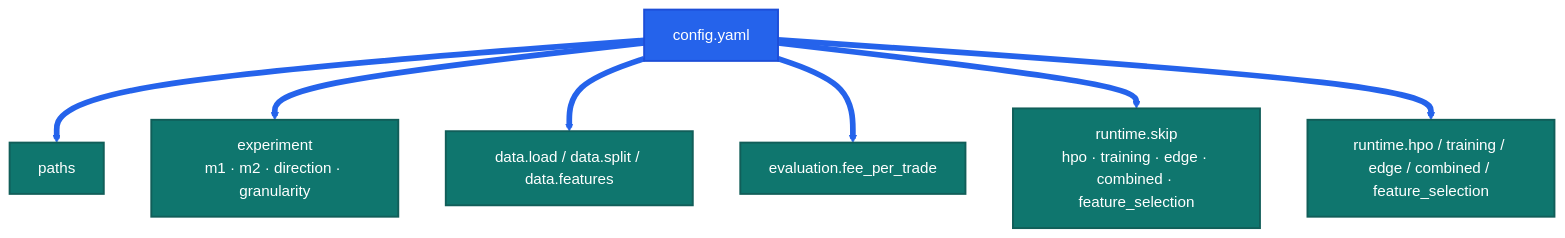
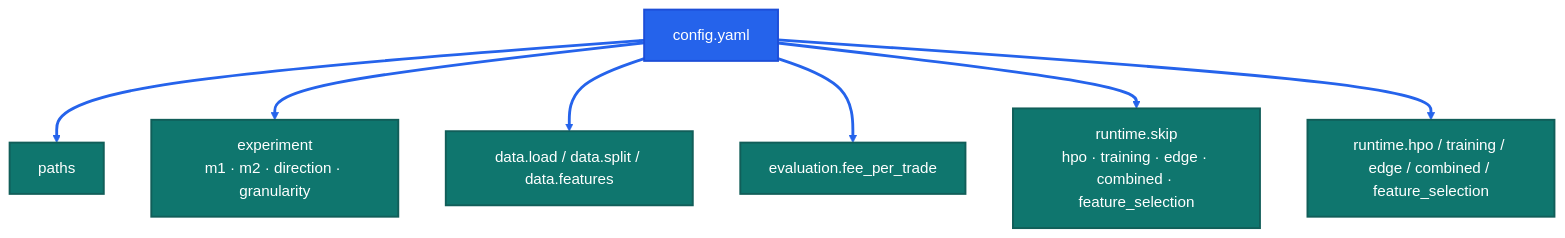
The second of 3 diagrams in README.md (Pablo-Molla-Charlez/SecondaryModel), drawn with Mermaid before and after one commit. The commit also changed other lines of this file and 1 other file, not shown here.

````diff
--- a/README.md
+++ b/README.md
@@ -61,15 +59,15 @@
 ```mermaid
 %%{init: {'theme': 'base', 'themeVariables': { 'primaryColor': '#2563eb', 'primaryBorderColor': '#1d4ed8', 'primaryTextColor': '#ffffff', 'secondaryColor': '#f59e0b', 'tertiaryColor': '#dcfce7', 'lineColor': '#0f172a', 'background': '#ffffff'}}}%%
 flowchart TD
     A[config.yaml] --> B[paths]
     A --> C[experiment<br/>m1 · m2 · direction · granularity]
     A --> D[data.load / data.split / data.features]
     A --> E[evaluation.fee_per_trade]
     A --> F[runtime.skip<br/>hpo · training · edge · combined · feature_selection]
     A --> G[runtime.hpo / training / edge / combined / feature_selection]
     classDef root fill:#2563eb,stroke:#1d4ed8,color:#ffffff,stroke-width:2px;
     classDef group fill:#0f766e,stroke:#115e59,color:#ffffff,stroke-width:2px;
     class A root;
     class B,C,D,E,F,G group;
-    linkStyle 0,1,2,3,4,5 stroke:#2563eb,stroke-width:6px;
+    linkStyle default stroke:#2563eb,stroke-width:3px;
 ```
````
